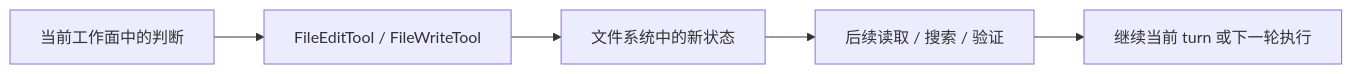
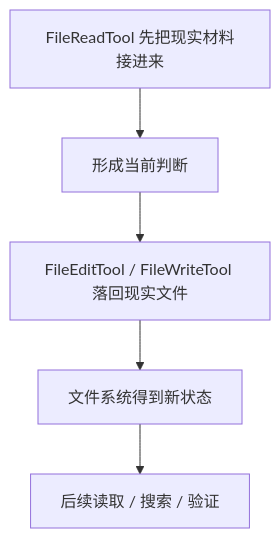
One commit to T0UGH/claude-code-source-guide changed the second of 2 diagrams in docs/guidebookv2/volume-3/07-how-fileedit-and-filewrite-apply-judgment-back-to-files.md. Above: the diagram before and after it, drawn with Mermaid. The commit also changed other lines of this file and 13 other files, not shown here.

Commit message:
tighten volume-3 diagrams and boundaries

````diff
--- a/docs/guidebookv2/volume-3/07-how-fileedit-and-filewrite-apply-judgment-back-to-files.md
+++ b/docs/guidebookv2/volume-3/07-how-fileedit-and-filewrite-apply-judgment-back-to-files.md
@@ -131,7 +131,7 @@
 ```mermaid
-flowchart LR
-    A[当前工作面中的判断] --> B[FileEditTool / FileWriteTool]
-    B --> C[文件系统中的新状态]
-    C --> D[后续读取 / 搜索 / 验证]
-    D --> E[继续当前 turn 或下一轮执行]
+flowchart TD
+    A[FileReadTool 先把现实材料接进来] --> B[形成当前判断]
+    B --> C[FileEditTool / FileWriteTool 落回现实文件]
+    C --> D[文件系统得到新状态]
+    D --> E[后续读取 / 搜索 / 验证]
 ```
````
